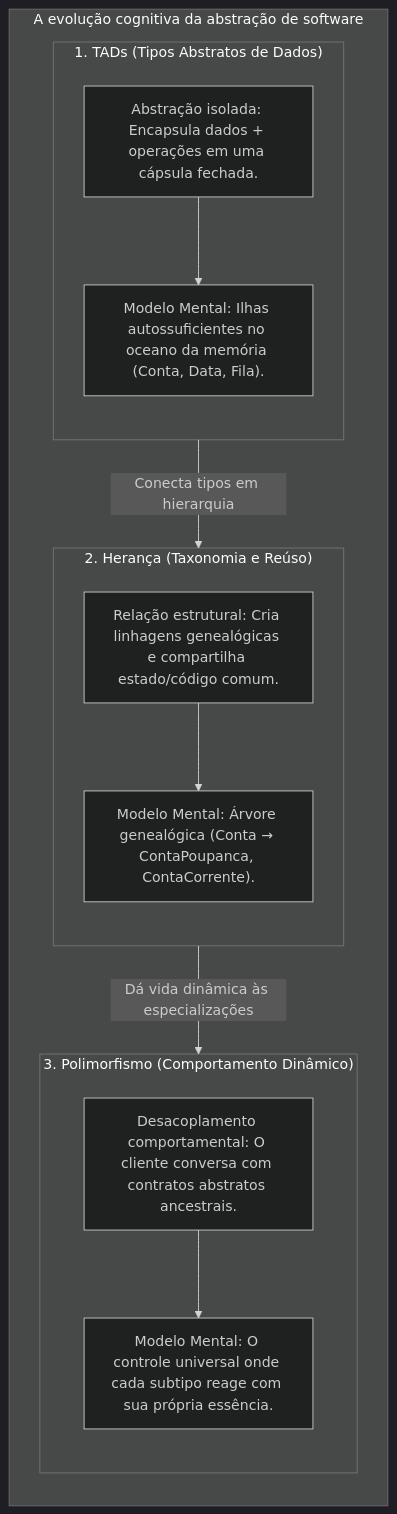
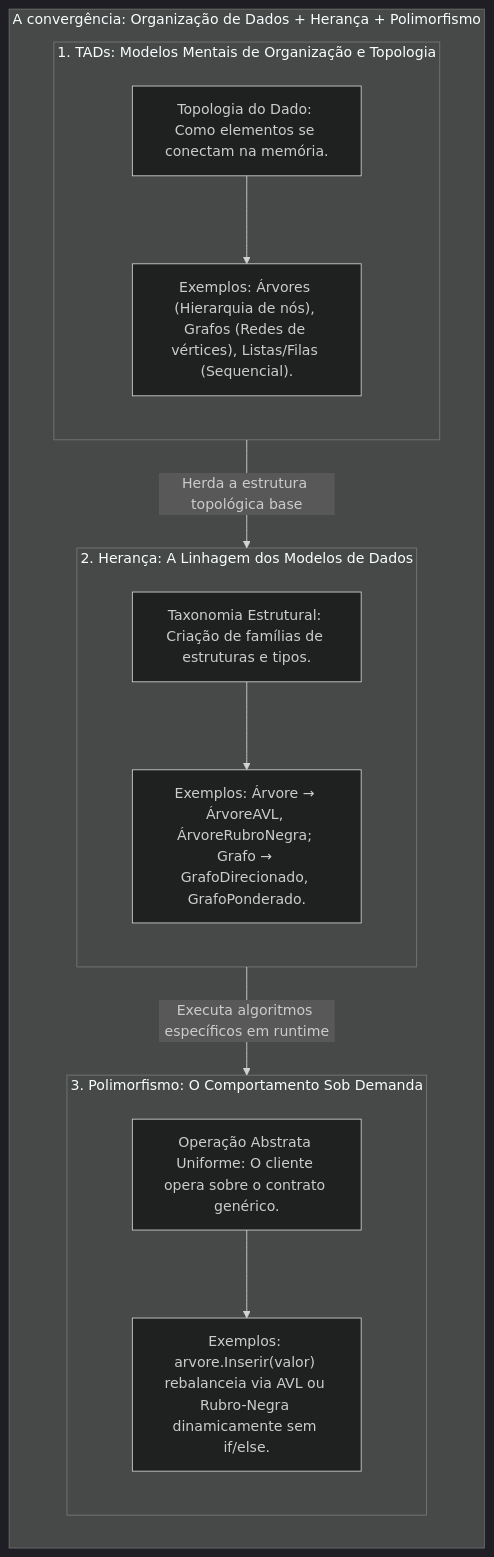
The second of 9 diagrams in 01. Programacao Modular/17. Sobreposição de métodos (virtual e override).md (leorruas/puc), drawn with Mermaid (dark theme) before and after one commit. The commit also changed other lines of this file, not shown here.

Commit message:
docs(pm): aprofunda a conexao entre modelos mentais topologicos (Arvores, Grafos) e extensibilidade via heranca e polimorfismo no artigo 17

````diff
--- a/01. Programacao Modular/17. Sobreposição de métodos (virtual e override).md
+++ b/01. Programacao Modular/17. Sobreposição de métodos (virtual e override).md
@@ -66,30 +68,30 @@
 ```mermaid
 flowchart TD
-    subgraph EvolucaoModelosMentais ["A evolução cognitiva da abstração de software"]
+    subgraph ModelosMentaisConexao ["A convergência: Organização de Dados + Herança + Polimorfismo"]
         direction TB
 
-        subgraph Fase1 ["1. TADs (Tipos Abstratos de Dados)"]
+        subgraph TADsTopologia ["1. TADs: Modelos Mentais de Organização e Topologia"]
             direction TB
-            TAD1["Abstração isolada: Encapsula dados + operações em uma cápsula fechada."]
-            TAD2["Modelo Mental: Ilhas autossuficientes no oceano da memória (Conta, Data, Fila)."]
-            TAD1 --> TAD2
+            T1["Topologia do Dado: Como elementos se conectam na memória."]
+            T2["Exemplos: Árvores (Hierarquia de nós), Grafos (Redes de vértices), Listas/Filas (Sequencial)."]
+            T1 --> T2
         end
 
-        subgraph Fase2 ["2. Herança (Taxonomia e Reúso)"]
+        subgraph HerancaTaxonomia ["2. Herança: A Linhagem dos Modelos de Dados"]
             direction TB
-            HER1["Relação estrutural: Cria linhagens genealógicas e compartilha estado/código comum."]
-            HER2["Modelo Mental: Árvore genealógica (Conta &rarr; ContaPoupanca, ContaCorrente)."]
-            HER1 --> HER2
+            H1["Taxonomia Estrutural: Criação de famílias de estruturas e tipos."]
+            H2["Exemplos: Árvore &rarr; ÁrvoreAVL, ÁrvoreRubroNegra; Grafo &rarr; GrafoDirecionado, GrafoPonderado."]
+            H1 --> H2
         end
 
-        subgraph Fase3 ["3. Polimorfismo (Comportamento Dinâmico)"]
+        subgraph PolimorfismoDinamico ["3. Polimorfismo: O Comportamento Sob Demanda"]
             direction TB
-            POL1["Desacoplamento comportamental: O cliente conversa com contratos abstratos ancestrais."]
-            POL2["Modelo Mental: O controle universal onde cada subtipo reage com sua própria essência."]
-            POL1 --> POL2
+            P1["Operação Abstrata Uniforme: O cliente opera sobre o contrato genérico."]
+            P2["Exemplos: arvore.Inserir(valor) rebalanceia via AVL ou Rubro-Negra dinamicamente sem if/else."]
+            P1 --> P2
         end
 
-        Fase1 -->|Conecta tipos em hierarquia| Fase2
-        Fase2 -->|Dá vida dinâmica às especializações| Fase3
+        TADsTopologia -->|Herda a estrutura topológica base| HerancaTaxonomia
+        HerancaTaxonomia -->|Executa algoritmos específicos em runtime| PolimorfismoDinamico
     end
 ```
````
